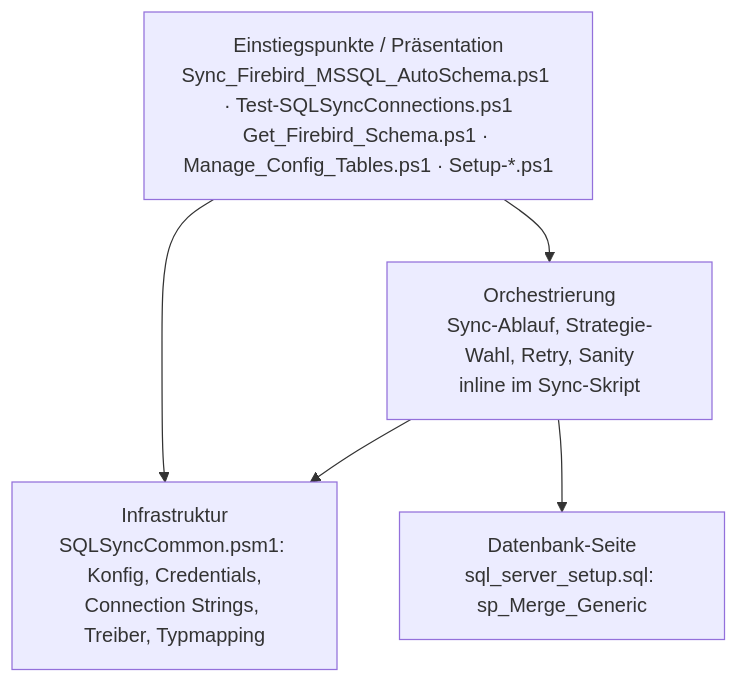
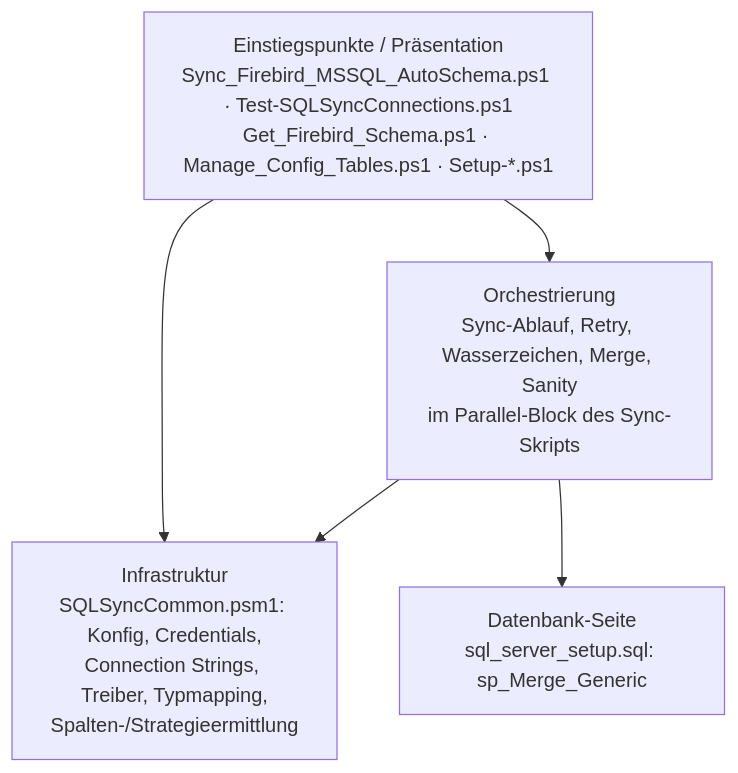
One commit to gitnol/PSFirebirdToMSSQL changed the diagram in docs/architecture/PROJECT_LAYOUT.md. Above: the diagram before and after it, drawn with Mermaid. The commit also changed other lines of this file and 21 other files, not shown here.

First line of the commit message:
fix(types): DECIMAL mit Precision/Scale aus dem Firebird-Schema; Hauptskript nutzt Modulfunktionen (I5)

````diff
--- a/docs/architecture/PROJECT_LAYOUT.md
+++ b/docs/architecture/PROJECT_LAYOUT.md
@@ -13,12 +13,12 @@
 ```mermaid
 flowchart TD
     P[Einstiegspunkte / Präsentation<br/>Sync_Firebird_MSSQL_AutoSchema.ps1 · Test-SQLSyncConnections.ps1<br/>Get_Firebird_Schema.ps1 · Manage_Config_Tables.ps1 · Setup-*.ps1]
-    A[Orchestrierung<br/>Sync-Ablauf, Strategie-Wahl, Retry, Sanity<br/>inline im Sync-Skript]
-    I[Infrastruktur<br/>SQLSyncCommon.psm1: Konfig, Credentials,<br/>Connection Strings, Treiber, Typmapping]
+    A[Orchestrierung<br/>Sync-Ablauf, Retry, Wasserzeichen, Merge, Sanity<br/>im Parallel-Block des Sync-Skripts]
+    I[Infrastruktur<br/>SQLSyncCommon.psm1: Konfig, Credentials,<br/>Connection Strings, Treiber, Typmapping,<br/>Spalten-/Strategieermittlung]
     DB[Datenbank-Seite<br/>sql_server_setup.sql: sp_Merge_Generic]
 
     P --> A
     A --> I
     P --> I
     A --> DB
 ```
````
